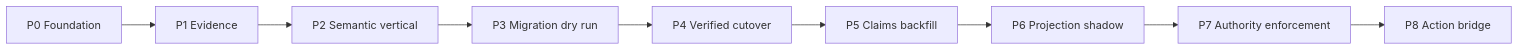
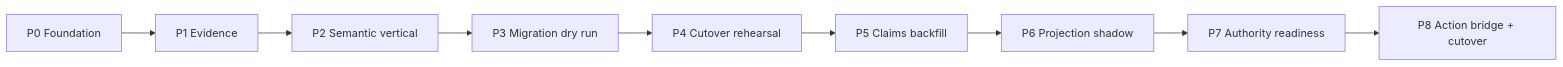
One commit to flyingrobots/think changed the first of 2 diagrams in docs/design/ROADMAP.md. Above: the diagram before and after it, drawn with Mermaid. The commit also changed other lines of this file and 9 other files, not shown here.

````diff
--- a/docs/design/ROADMAP.md
+++ b/docs/design/ROADMAP.md
@@ -53,7 +55,7 @@
 ```mermaid
 flowchart LR
     P0["P0 Foundation"] --> P1["P1 Evidence"] --> P2["P2 Semantic vertical"]
-    P2 --> P3["P3 Migration dry run"] --> P4["P4 Verified cutover"]
+    P2 --> P3["P3 Migration dry run"] --> P4["P4 Cutover rehearsal"]
     P4 --> P5["P5 Claims backfill"] --> P6["P6 Projection shadow"]
-    P6 --> P7["P7 Authority enforcement"] --> P8["P8 Action bridge"]
+    P6 --> P7["P7 Authority readiness"] --> P8["P8 Action bridge + cutover"]
 ```
````
